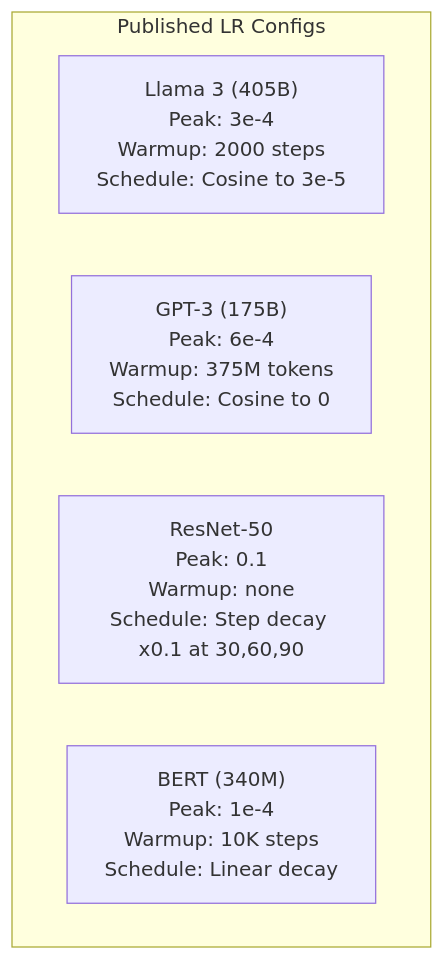
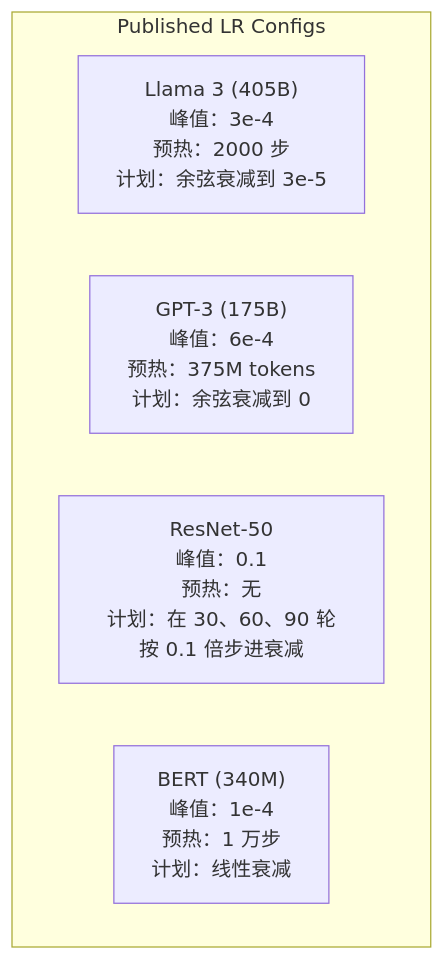
Before and after one commit to omigaZen/ai-engineering-from-scratch: the third of 3 diagrams in phases/03-deep-learning-core/09-learning-rate-schedules/docs/zh.md, drawn with Mermaid. The commit also changed other lines of this file, not shown here.

````diff
--- a/phases/03-deep-learning-core/09-learning-rate-schedules/docs/zh.md
+++ b/phases/03-deep-learning-core/09-learning-rate-schedules/docs/zh.md
@@ -141,9 +141,9 @@
 ```mermaid
 graph TD
     subgraph "Published LR Configs"
-        L3["Llama 3 (405B)<br/>Peak: 3e-4<br/>Warmup: 2000 steps<br/>Schedule: Cosine to 3e-5"]
-        G3["GPT-3 (175B)<br/>Peak: 6e-4<br/>Warmup: 375M tokens<br/>Schedule: Cosine to 0"]
-        R50["ResNet-50<br/>Peak: 0.1<br/>Warmup: none<br/>Schedule: Step decay x0.1 at 30,60,90"]
-        B["BERT (340M)<br/>Peak: 1e-4<br/>Warmup: 10K steps<br/>Schedule: Linear decay"]
+        L3["Llama 3 (405B)<br/>峰值：3e-4<br/>预热：2000 步<br/>计划：余弦衰减到 3e-5"]
+        G3["GPT-3 (175B)<br/>峰值：6e-4<br/>预热：375M tokens<br/>计划：余弦衰减到 0"]
+        R50["ResNet-50<br/>峰值：0.1<br/>预热：无<br/>计划：在 30、60、90 轮按 0.1 倍步进衰减"]
+        B["BERT (340M)<br/>峰值：1e-4<br/>预热：1 万步<br/>计划：线性衰减"]
     end
 ```
````
